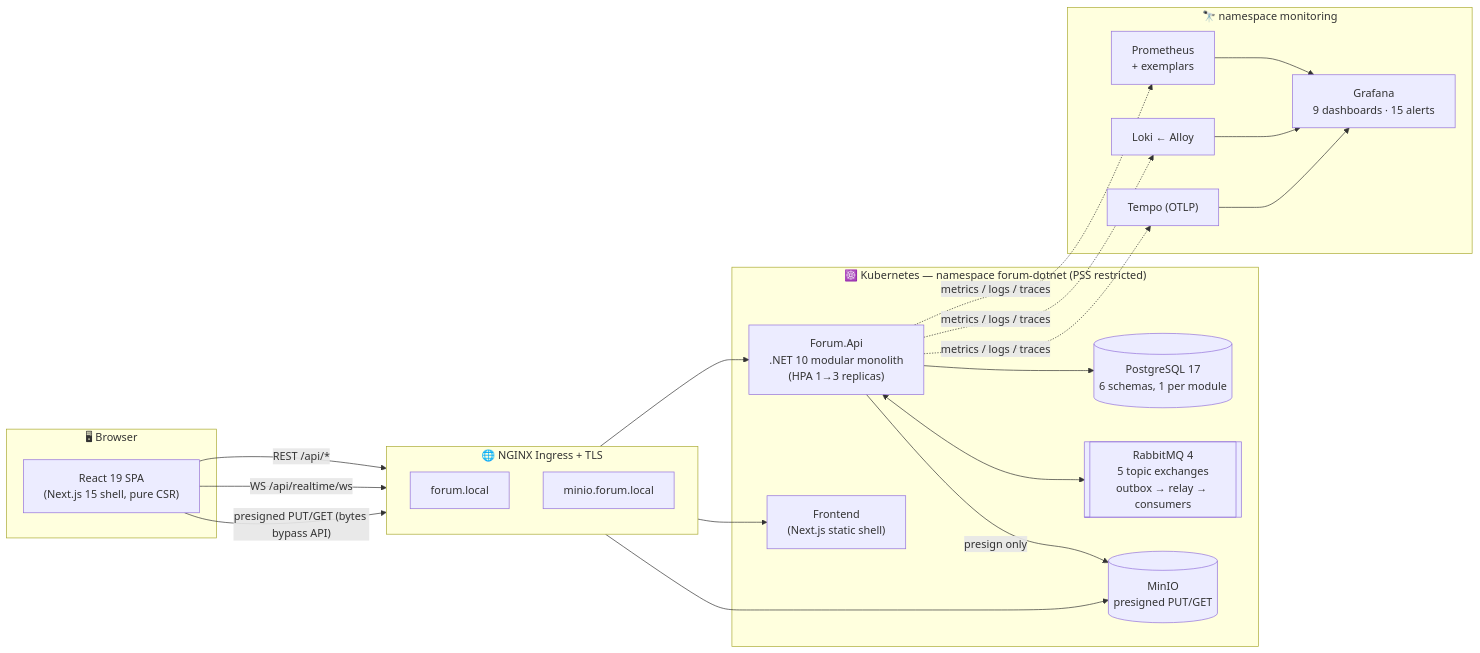
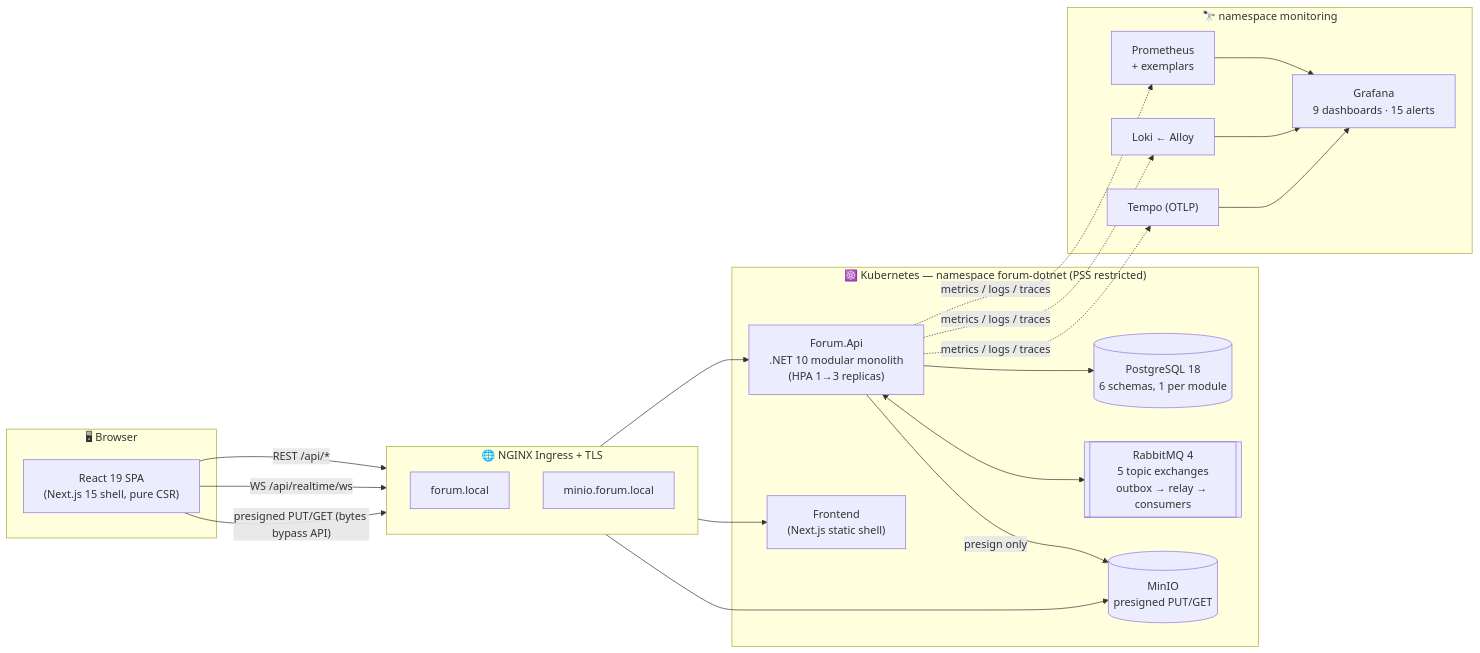
One commit to JakubPatkowski/Forum-Master-Thesis-.NET changed the first of 8 diagrams in README.md. Above: the diagram before and after it, drawn with Mermaid. The commit also changed other lines of this file and 29 other files, not shown here.

````diff
--- a/README.md
+++ b/README.md
@@ -291,37 +291,37 @@
 ```mermaid
 flowchart LR
     subgraph Client["🖥 Browser"]
         SPA["React 19 SPA<br/>(Next.js 15 shell, pure CSR)"]
     end
 
     subgraph Ingress["🌐 NGINX Ingress + TLS"]
         direction TB
         I1["forum.local"]
         I2["minio.forum.local"]
     end
 
     subgraph K8s["☸️ Kubernetes — namespace forum-dotnet (PSS restricted)"]
         API["Forum.Api<br/>.NET 10 modular monolith<br/>(HPA 1→3 replicas)"]
         FE["Frontend<br/>(Next.js static shell)"]
-        PG[("PostgreSQL 17<br/>6 schemas, 1 per module")]
+        PG[("PostgreSQL 18<br/>6 schemas, 1 per module")]
         RMQ[["RabbitMQ 4<br/>5 topic exchanges<br/>outbox → relay → consumers"]]
         S3[("MinIO<br/>presigned PUT/GET")]
     end
 
     subgraph Obs["🔭 namespace monitoring"]
         PROM["Prometheus<br/>+ exemplars"]
         LOKI["Loki ← Alloy"]
         TEMPO["Tempo (OTLP)"]
         GRAF["Grafana<br/>9 dashboards · 15 alerts"]
     end
 
     SPA -- "REST /api/*" --> I1 --> API
     SPA -- "WS /api/realtime/ws" --> I1
     SPA -- "presigned PUT/GET (bytes bypass API)" --> I2 --> S3
     I1 --> FE
     API --> PG
     API <--> RMQ
     API -- "presign only" --> S3
     API -. "metrics / logs / traces" .-> PROM & LOKI & TEMPO
     PROM & LOKI & TEMPO --> GRAF
 ```
````
